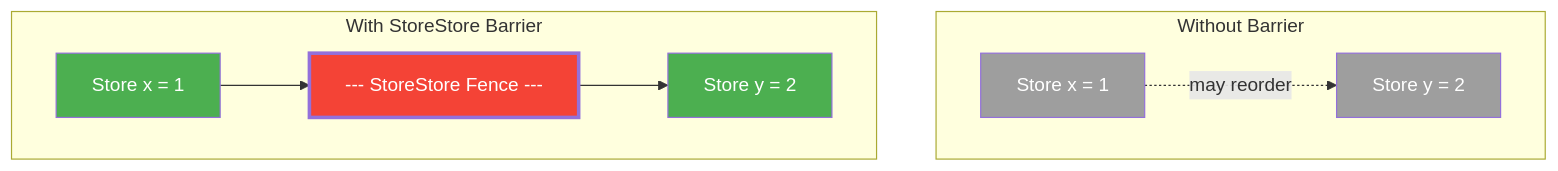
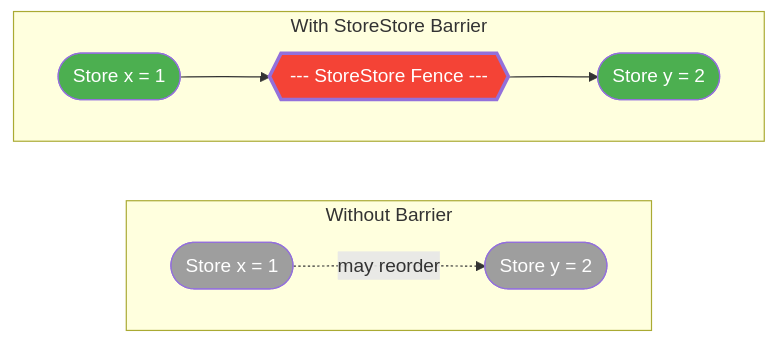
The sixth of 7 diagrams in docs/java/JavaMemoryModel.md (saivamsikaruturi/vamsilabs-dev-notes-main), drawn with Mermaid before and after one commit. The commit also changed other lines of this file and 146 other files, not shown here.

Commit message:
Horizontal diagrams, UML class diagrams, typography overhaul, and permalink cleanup

````diff
--- a/docs/java/JavaMemoryModel.md
+++ b/docs/java/JavaMemoryModel.md
@@ -344,16 +346,18 @@
 ```mermaid
-graph TD
+flowchart LR
     subgraph "Without Barrier"
-        NB1["Store x = 1"] -.->|"may reorder"| NB2["Store y = 2"]
+        direction LR
+        NB1(["Store x = 1"]) -.->|"may reorder"| NB2(["Store y = 2"])
     end
 
     subgraph "With StoreStore Barrier"
-        B1["Store x = 1"] --> FENCE["--- StoreStore Fence ---"] --> B2["Store y = 2"]
+        direction LR
+        B1(["Store x = 1"]) --> FENCE{{"--- StoreStore Fence ---"}} --> B2(["Store y = 2"])
     end
 
     style FENCE fill:#F44336,color:#fff,stroke-width:3px
     style B1 fill:#4CAF50,color:#fff
     style B2 fill:#4CAF50,color:#fff
     style NB1 fill:#9E9E9E,color:#fff
     style NB2 fill:#9E9E9E,color:#fff
 ```
````
